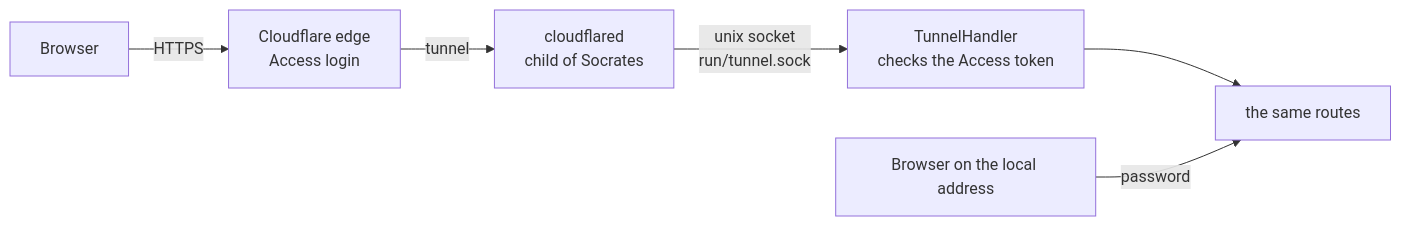
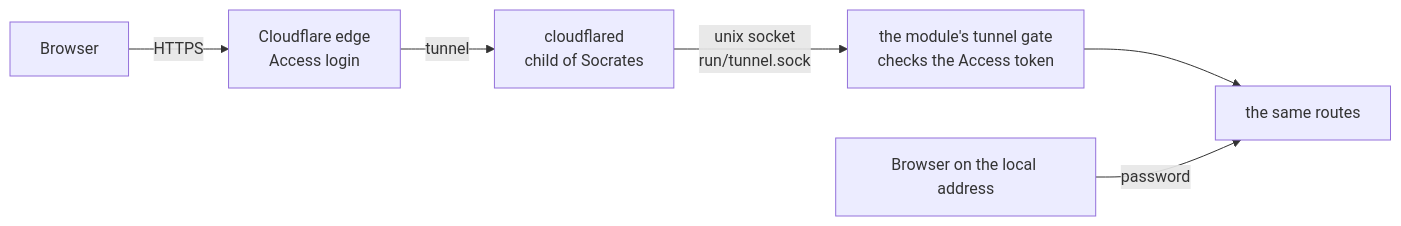
The diagram in docs/design/CLOUDFLARE.md (saschazesiger/SocratesAgent), drawn with Mermaid before and after one commit. The commit also changed other lines of this file and 53 other files, not shown here.

````diff
--- a/docs/design/CLOUDFLARE.md
+++ b/docs/design/CLOUDFLARE.md
@@ -16,8 +18,8 @@
 ```mermaid
 flowchart LR
   B[Browser] -- HTTPS --> E[Cloudflare edge<br/>Access login]
   E -- tunnel --> C[cloudflared<br/>child of Socrates]
-  C -- unix socket<br/>run/tunnel.sock --> T[TunnelHandler<br/>checks the Access token]
+  C -- unix socket<br/>run/tunnel.sock --> T[the module's tunnel gate<br/>checks the Access token]
   T --> M[the same routes]
   L[Browser on the local address] -- password --> M
 ```
````
